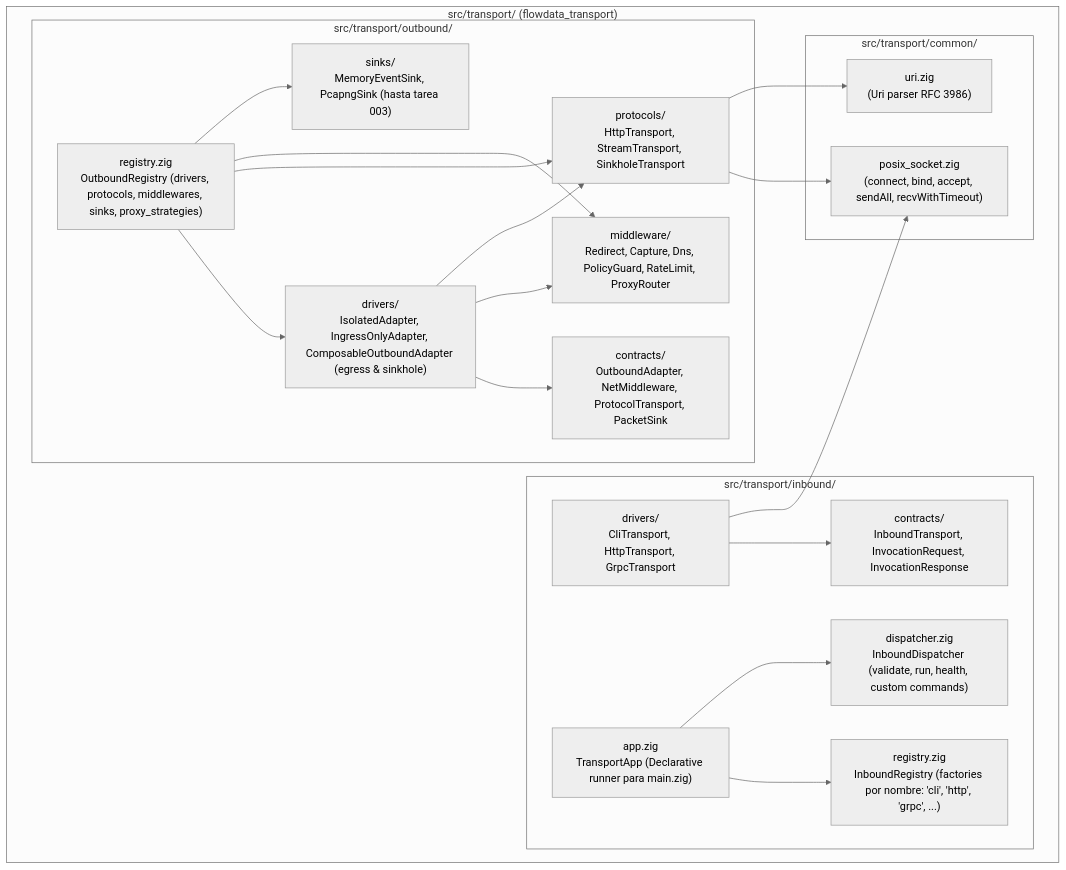
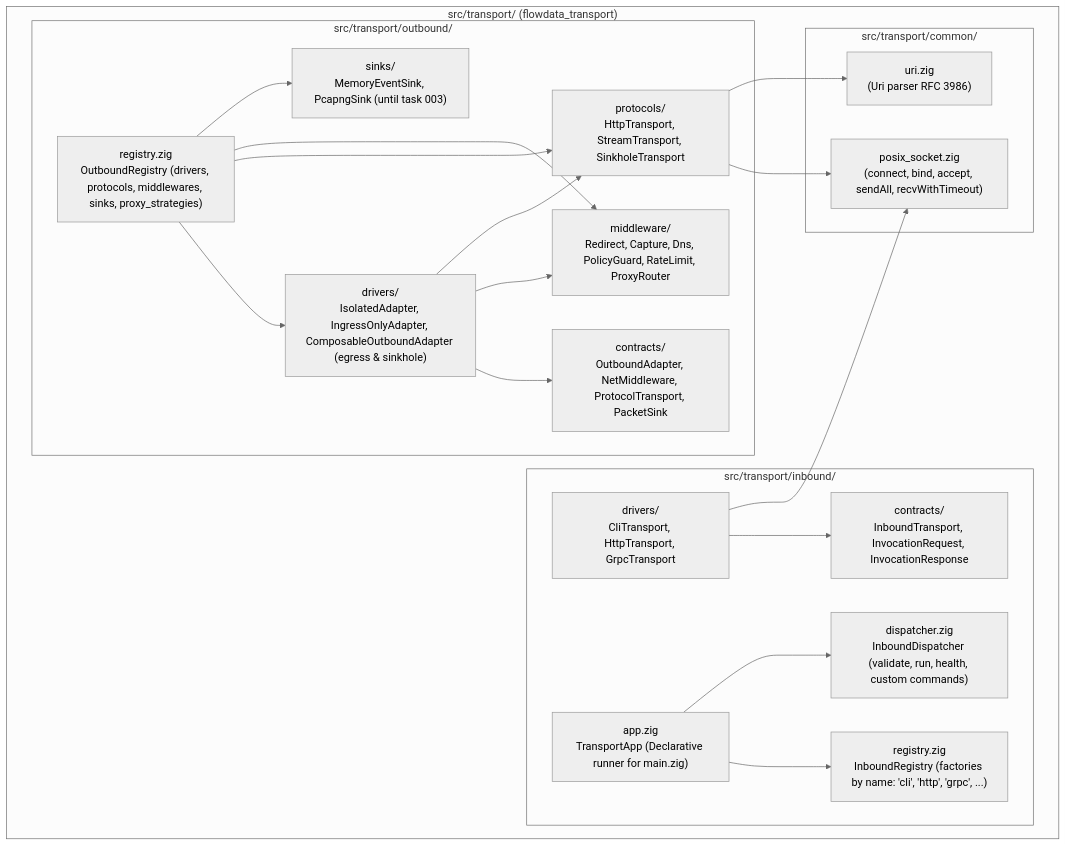
The first of 3 diagrams in docs/development/001-transport-layer-unification.md (g-gar/vidsec), drawn with Mermaid (neutral theme) before and after one commit. The commit also changed other lines of this file and 6 other files, not shown here.

````diff
--- a/docs/development/001-transport-layer-unification.md
+++ b/docs/development/001-transport-layer-unification.md
@@ -42,32 +42,32 @@
 ```mermaid
 flowchart TB
     subgraph TransportMod["src/transport/ (flowdata_transport)"]
         subgraph Common["src/transport/common/"]
             Posix["posix_socket.zig<br/>(connect, bind, accept, sendAll, recvWithTimeout)"]
             UriMod["uri.zig<br/>(Uri parser RFC 3986)"]
         end
 
         subgraph Inbound["src/transport/inbound/"]
             InContracts["contracts/<br/>InboundTransport, InvocationRequest, InvocationResponse"]
-            InReg["registry.zig<br/>InboundRegistry (factories por nombre: 'cli', 'http', 'grpc', ...)"]
+            InReg["registry.zig<br/>InboundRegistry (factories by name: 'cli', 'http', 'grpc', ...)"]
             InDisp["dispatcher.zig<br/>InboundDispatcher (validate, run, health, custom commands)"]
-            InApp["app.zig<br/>TransportApp (Declarative runner para main.zig)"]
+            InApp["app.zig<br/>TransportApp (Declarative runner for main.zig)"]
             InDrivers["drivers/<br/>CliTransport, HttpTransport, GrpcTransport"]
         end
 
         subgraph Outbound["src/transport/outbound/"]
             OutContracts["contracts/<br/>OutboundAdapter, NetMiddleware, ProtocolTransport, PacketSink"]
             OutReg["registry.zig<br/>OutboundRegistry (drivers, protocols, middlewares, sinks, proxy_strategies)"]
             OutMW["middleware/<br/>Redirect, Capture, Dns, PolicyGuard, RateLimit, ProxyRouter"]
             OutProto["protocols/<br/>HttpTransport, StreamTransport, SinkholeTransport"]
             OutDrivers["drivers/<br/>IsolatedAdapter, IngressOnlyAdapter, ComposableOutboundAdapter (egress & sinkhole)"]
-            OutSinks["sinks/<br/>MemoryEventSink, PcapngSink (hasta tarea 003)"]
+            OutSinks["sinks/<br/>MemoryEventSink, PcapngSink (until task 003)"]
         end
     end
 
     InDrivers --> InContracts & Posix
     InApp --> InReg & InDisp
     OutDrivers --> OutContracts & OutMW & OutProto
     OutProto --> Posix & UriMod
     OutReg --> OutDrivers & OutProto & OutMW & OutSinks
 ```
````
